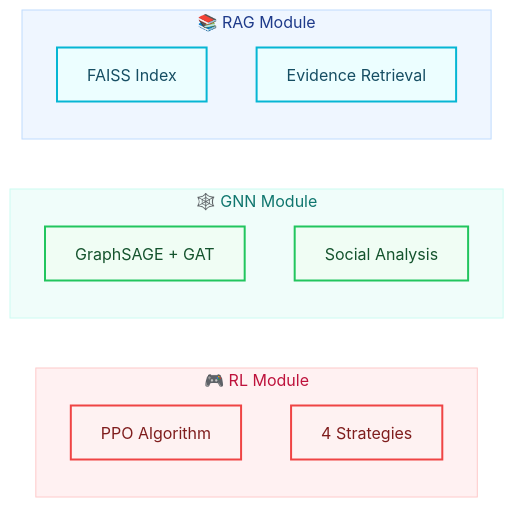
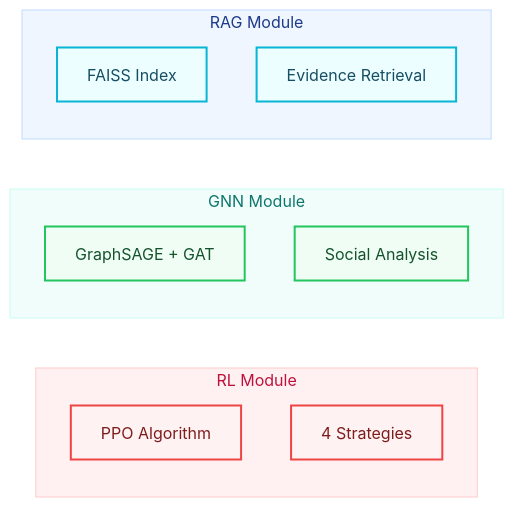
One commit to AluminumShark/Social-Debate-AI changed the second of 5 diagrams in docs/architecture/OVERVIEW.md. Above: the diagram before and after it, drawn with Mermaid. The commit also changed other lines of this file and 32 other files, not shown here.

````diff
--- a/docs/architecture/OVERVIEW.md
+++ b/docs/architecture/OVERVIEW.md
@@ -82,27 +82,27 @@
 ```mermaid
 %%{init: {'theme': 'base', 'themeVariables': { 'primaryColor': '#4f46e5', 'primaryTextColor': '#fff', 'primaryBorderColor': '#4338ca', 'lineColor': '#6366f1', 'secondaryColor': '#10b981', 'tertiaryColor': '#f59e0b'}}}%%
 flowchart LR
     %% Styles
     classDef rl fill:#fef2f2,stroke:#ef4444,stroke-width:2px,color:#7f1d1d;
     classDef gnn fill:#f0fdf4,stroke:#22c55e,stroke-width:2px,color:#14532d;
     classDef rag fill:#ecfeff,stroke:#06b6d4,stroke-width:2px,color:#164e63;
 
-    subgraph RL["🎮 RL Module"]
+    subgraph RL[" RL Module"]
         R1["PPO Algorithm"]:::rl
         R2["4 Strategies"]:::rl
     end
 
-    subgraph GNN["🕸️ GNN Module"]
+    subgraph GNN[" GNN Module"]
         G1["GraphSAGE + GAT"]:::gnn
         G2["Social Analysis"]:::gnn
     end
 
-    subgraph RAG["📚 RAG Module"]
+    subgraph RAG[" RAG Module"]
         A1["FAISS Index"]:::rag
         A2["Evidence Retrieval"]:::rag
     end
     
     style RL fill:#fff1f2,stroke:#fecaca,color:#be123c
     style GNN fill:#f0fdfa,stroke:#ccfbf1,color:#0f766e
     style RAG fill:#eff6ff,stroke:#bfdbfe,color:#1e3a8a
 ```
````
